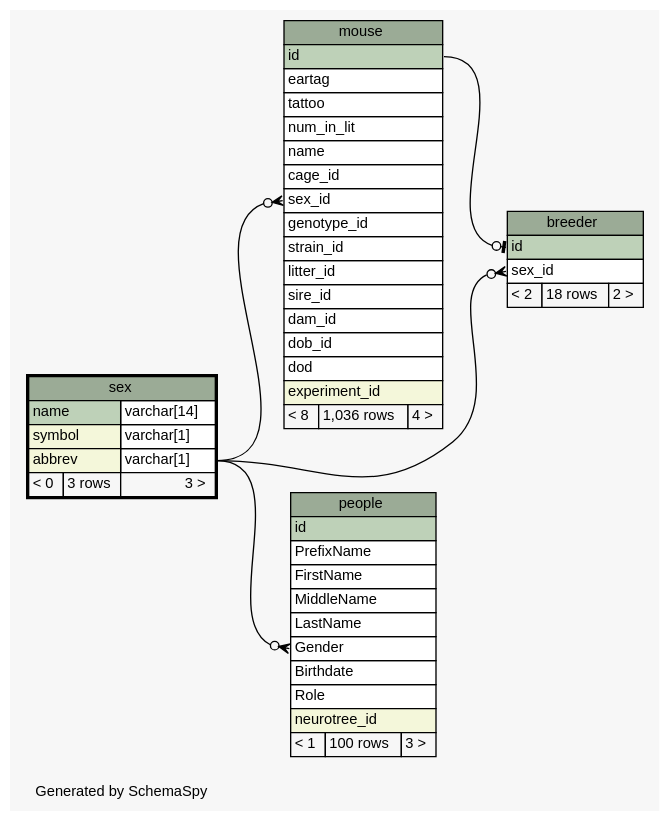
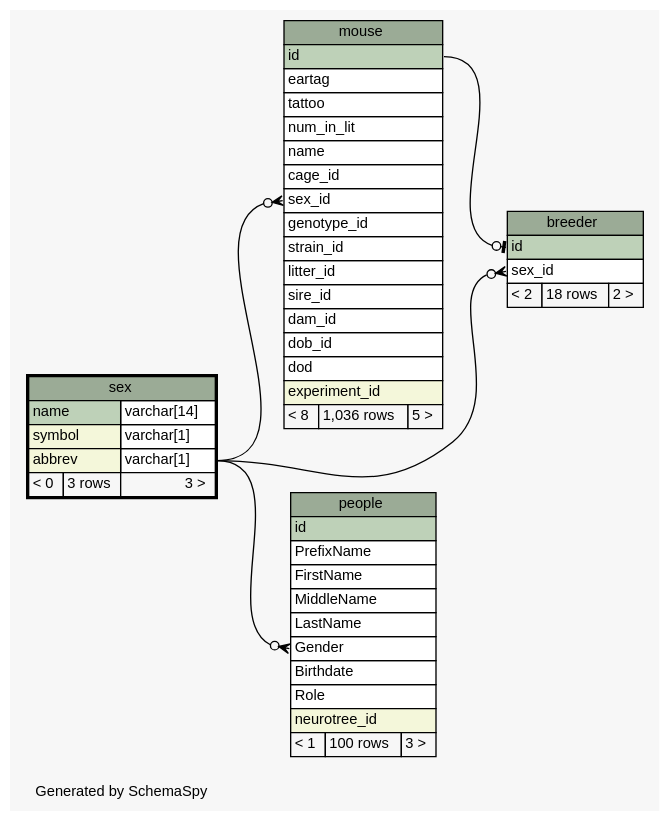
One commit to tgbugs/mlab changed the diagram in database/ss/diagrams/sex.1degree.dot. Above: the diagram before and after it, drawn with Graphviz. The commit also changed 221 other files, not shown here.

```diff
--- a/database/ss/diagrams/sex.1degree.dot
+++ b/database/ss/diagrams/sex.1degree.dot
@@ -1,91 +1,91 @@
 // dot 2.34.0 on Windows 7 6.1
 // SchemaSpy rev 590
 digraph "oneDegreeRelationshipsDiagram" {
   graph [
     rankdir="RL"
     bgcolor="#f7f7f7"
     label="\nGenerated by SchemaSpy"
     labeljust="l"
     nodesep="0.18"
     ranksep="0.46"
     fontname="Helvetica"
     fontsize="11"
   ];
   node [
     fontname="Helvetica"
     fontsize="11"
     shape="plaintext"
   ];
   edge [
     arrowsize="0.8"
   ];
   "breeder":"id":w -> "mouse":"id":e [arrowhead=none dir=back arrowtail=teeodot];
   "breeder":"sex_id":w -> "sex":"abbrev.type":e [arrowhead=none dir=back arrowtail=crowodot];
   "mouse":"sex_id":w -> "sex":"abbrev.type":e [arrowhead=none dir=back arrowtail=crowodot];
   "people":"Gender":w -> "sex":"abbrev.type":e [arrowhead=none dir=back arrowtail=crowodot];
   "breeder" [
     label=<
     <TABLE BORDER="0" CELLBORDER="1" CELLSPACING="0" BGCOLOR="#ffffff">
       <TR><TD COLSPAN="3" BGCOLOR="#9bab96" ALIGN="CENTER">breeder</TD></TR>
       <TR><TD PORT="id" COLSPAN="3" BGCOLOR="#bed1b8" ALIGN="LEFT">id</TD></TR>
       <TR><TD PORT="sex_id" COLSPAN="3" ALIGN="LEFT">sex_id</TD></TR>
       <TR><TD ALIGN="LEFT" BGCOLOR="#f7f7f7">&lt; 2</TD><TD ALIGN="RIGHT" BGCOLOR="#f7f7f7">18 rows</TD><TD ALIGN="RIGHT" BGCOLOR="#f7f7f7">2 &gt;</TD></TR>
     </TABLE>>
     URL="breeder.html"
     tooltip="breeder"
   ];
   "mouse" [
     label=<
     <TABLE BORDER="0" CELLBORDER="1" CELLSPACING="0" BGCOLOR="#ffffff">
       <TR><TD COLSPAN="3" BGCOLOR="#9bab96" ALIGN="CENTER">mouse</TD></TR>
       <TR><TD PORT="id" COLSPAN="3" BGCOLOR="#bed1b8" ALIGN="LEFT">id</TD></TR>
       <TR><TD PORT="eartag" COLSPAN="3" ALIGN="LEFT">eartag</TD></TR>
       <TR><TD PORT="tattoo" COLSPAN="3" ALIGN="LEFT">tattoo</TD></TR>
       <TR><TD PORT="num_in_lit" COLSPAN="3" ALIGN="LEFT">num_in_lit</TD></TR>
       <TR><TD PORT="name" COLSPAN="3" ALIGN="LEFT">name</TD></TR>
       <TR><TD PORT="cage_id" COLSPAN="3" ALIGN="LEFT">cage_id</TD></TR>
       <TR><TD PORT="sex_id" COLSPAN="3" ALIGN="LEFT">sex_id</TD></TR>
       <TR><TD PORT="genotype_id" COLSPAN="3" ALIGN="LEFT">genotype_id</TD></TR>
       <TR><TD PORT="strain_id" COLSPAN="3" ALIGN="LEFT">strain_id</TD></TR>
       <TR><TD PORT="litter_id" COLSPAN="3" ALIGN="LEFT">litter_id</TD></TR>
       <TR><TD PORT="sire_id" COLSPAN="3" ALIGN="LEFT">sire_id</TD></TR>
       <TR><TD PORT="dam_id" COLSPAN="3" ALIGN="LEFT">dam_id</TD></TR>
       <TR><TD PORT="dob_id" COLSPAN="3" ALIGN="LEFT">dob_id</TD></TR>
       <TR><TD PORT="dod" COLSPAN="3" ALIGN="LEFT">dod</TD></TR>
       <TR><TD PORT="experiment_id" COLSPAN="3" BGCOLOR="#f4f7da" ALIGN="LEFT">experiment_id</TD></TR>
-      <TR><TD ALIGN="LEFT" BGCOLOR="#f7f7f7">&lt; 8</TD><TD ALIGN="RIGHT" BGCOLOR="#f7f7f7">1,036 rows</TD><TD ALIGN="RIGHT" BGCOLOR="#f7f7f7">4 &gt;</TD></TR>
+      <TR><TD ALIGN="LEFT" BGCOLOR="#f7f7f7">&lt; 8</TD><TD ALIGN="RIGHT" BGCOLOR="#f7f7f7">1,036 rows</TD><TD ALIGN="RIGHT" BGCOLOR="#f7f7f7">5 &gt;</TD></TR>
     </TABLE>>
     URL="mouse.html"
     tooltip="mouse"
   ];
   "people" [
     label=<
     <TABLE BORDER="0" CELLBORDER="1" CELLSPACING="0" BGCOLOR="#ffffff">
       <TR><TD COLSPAN="3" BGCOLOR="#9bab96" ALIGN="CENTER">people</TD></TR>
       <TR><TD PORT="id" COLSPAN="3" BGCOLOR="#bed1b8" ALIGN="LEFT">id</TD></TR>
       <TR><TD PORT="PrefixName" COLSPAN="3" ALIGN="LEFT">PrefixName</TD></TR>
       <TR><TD PORT="FirstName" COLSPAN="3" ALIGN="LEFT">FirstName</TD></TR>
       <TR><TD PORT="MiddleName" COLSPAN="3" ALIGN="LEFT">MiddleName</TD></TR>
       <TR><TD PORT="LastName" COLSPAN="3" ALIGN="LEFT">LastName</TD></TR>
       <TR><TD PORT="Gender" COLSPAN="3" ALIGN="LEFT">Gender</TD></TR>
       <TR><TD PORT="Birthdate" COLSPAN="3" ALIGN="LEFT">Birthdate</TD></TR>
       <TR><TD PORT="Role" COLSPAN="3" ALIGN="LEFT">Role</TD></TR>
       <TR><TD PORT="neurotree_id" COLSPAN="3" BGCOLOR="#f4f7da" ALIGN="LEFT">neurotree_id</TD></TR>
       <TR><TD ALIGN="LEFT" BGCOLOR="#f7f7f7">&lt; 1</TD><TD ALIGN="RIGHT" BGCOLOR="#f7f7f7">100 rows</TD><TD ALIGN="RIGHT" BGCOLOR="#f7f7f7">3 &gt;</TD></TR>
     </TABLE>>
     URL="people.html"
     tooltip="people"
   ];
   "sex" [
     label=<
     <TABLE BORDER="2" CELLBORDER="1" CELLSPACING="0" BGCOLOR="#ffffff">
       <TR><TD COLSPAN="3" BGCOLOR="#9bab96" ALIGN="CENTER">sex</TD></TR>
       <TR><TD PORT="name" COLSPAN="2" BGCOLOR="#bed1b8" ALIGN="LEFT">name</TD><TD PORT="name.type" ALIGN="LEFT">varchar[14]</TD></TR>
       <TR><TD PORT="symbol" COLSPAN="2" BGCOLOR="#f4f7da" ALIGN="LEFT">symbol</TD><TD PORT="symbol.type" ALIGN="LEFT">varchar[1]</TD></TR>
       <TR><TD PORT="abbrev" COLSPAN="2" BGCOLOR="#f4f7da" ALIGN="LEFT">abbrev</TD><TD PORT="abbrev.type" ALIGN="LEFT">varchar[1]</TD></TR>
       <TR><TD ALIGN="LEFT" BGCOLOR="#f7f7f7">&lt; 0</TD><TD ALIGN="RIGHT" BGCOLOR="#f7f7f7">3 rows</TD><TD ALIGN="RIGHT" BGCOLOR="#f7f7f7">3 &gt;</TD></TR>
     </TABLE>>
     URL="sex.html"
     tooltip="sex"
   ];
 }
```
